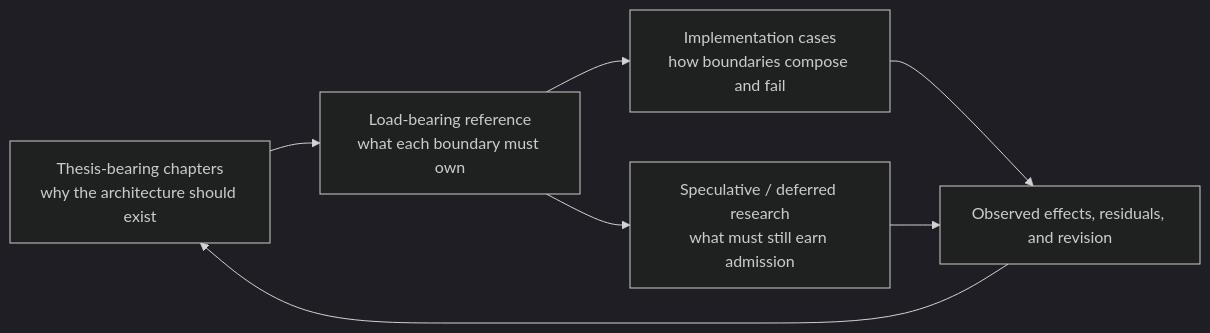
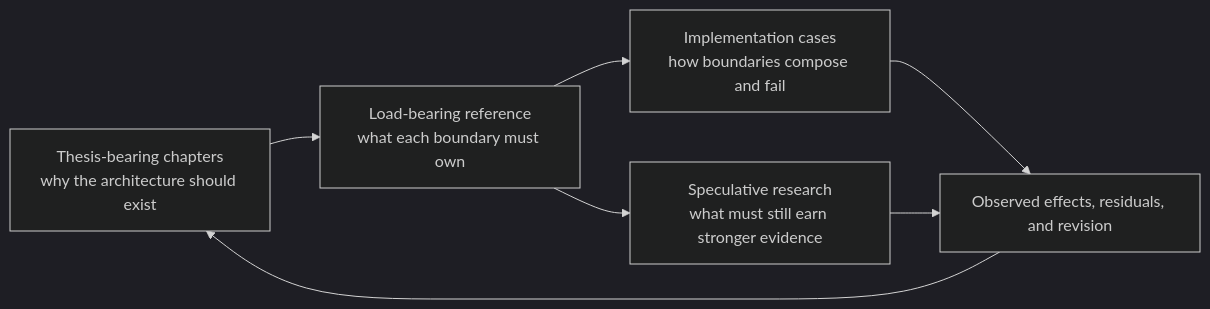
Before and after one commit to corbensorenson/asi-stack-book: the third of 3 diagrams in index.qmd, drawn with Mermaid (dark theme). The commit also changed other lines of this file and 17 other files, not shown here.

Commit message:
Adopt evidence and convergence roadmap

````diff
--- a/index.qmd
+++ b/index.qmd
@@ -166,9 +166,9 @@
 ```{mermaid}
 flowchart LR
   Thesis["Thesis-bearing chapters<br/>why the architecture should exist"] --> Reference["Load-bearing reference<br/>what each boundary must own"]
   Reference --> Cases["Implementation cases<br/>how boundaries compose and fail"]
-  Reference --> Research["Speculative / deferred research<br/>what must still earn admission"]
+  Reference --> Research["Speculative research<br/>what must still earn stronger evidence"]
   Cases --> Evidence["Observed effects, residuals, and revision"]
   Research --> Evidence
   Evidence --> Thesis
 ```
````
